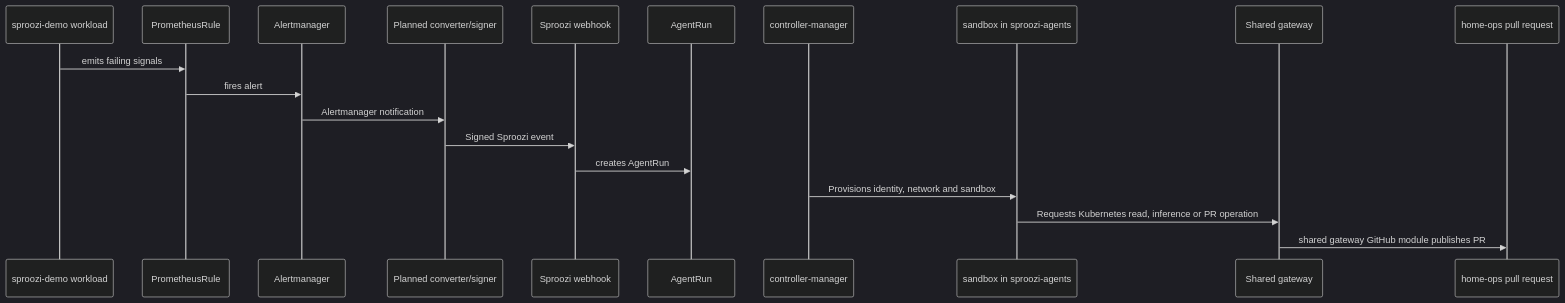
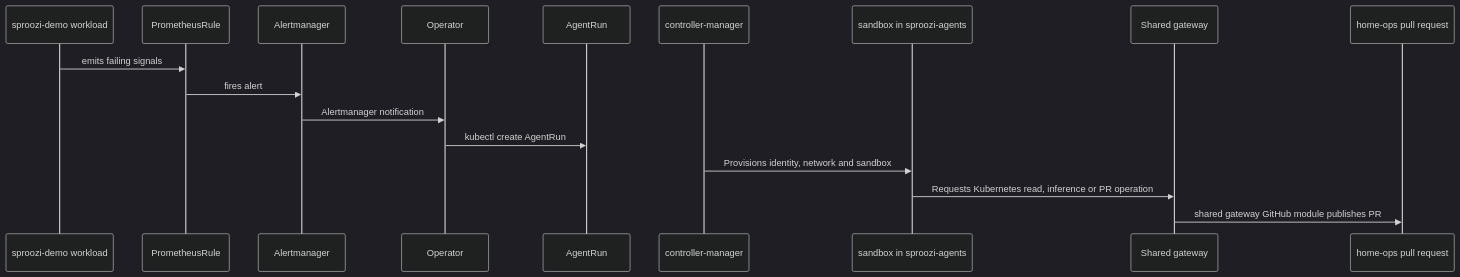
Before and after one commit to andrewmccall/sproozi: the diagram in docs/guides/home-ops-playbook.md, drawn with Mermaid (dark theme). The commit also changed other lines of this file and 269 other files, not shown here.

````diff
--- a/docs/guides/home-ops-playbook.md
+++ b/docs/guides/home-ops-playbook.md
@@ -127,22 +124,20 @@
 ```mermaid
 sequenceDiagram
     participant Workload as sproozi-demo workload
     participant Prom as PrometheusRule
     participant Alert as Alertmanager
-    participant Adapter as Planned converter/signer
-    participant Webhook as Sproozi webhook
+    participant Operator as Operator
     participant Run as AgentRun
     participant Ctrl as controller-manager
     participant Sandbox as sandbox in sproozi-agents
     participant Gateway as Shared gateway
     participant GH as home-ops pull request
 
     Workload->>Prom: emits failing signals
     Prom->>Alert: fires alert
-    Alert->>Adapter: Alertmanager notification
-    Adapter->>Webhook: Signed Sproozi event
-    Webhook->>Run: creates AgentRun
+    Alert->>Operator: Alertmanager notification
+    Operator->>Run: kubectl create AgentRun
     Ctrl->>Sandbox: Provisions identity, network and sandbox
     Sandbox->>Gateway: Requests Kubernetes read, inference or PR operation
     Gateway->>GH: shared gateway GitHub module publishes PR
 ```
````
